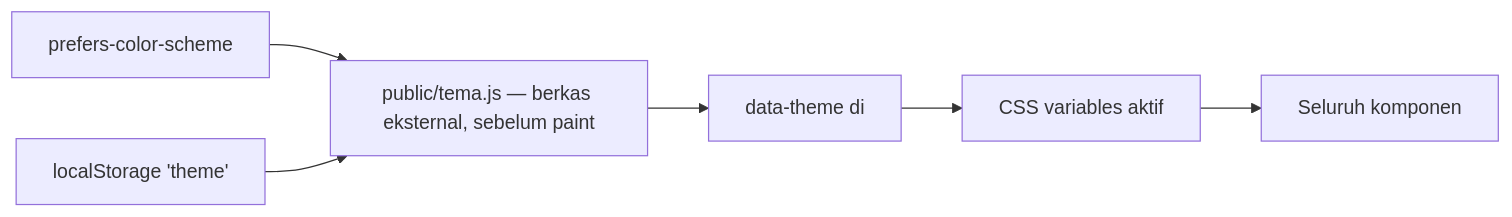
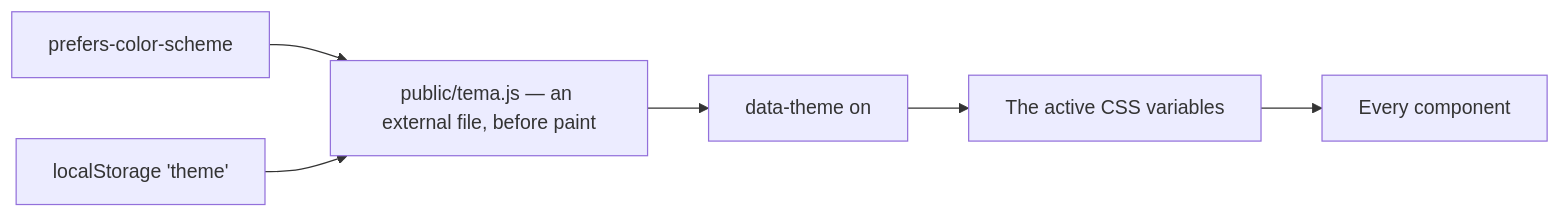
Before and after one commit to ahliweb/awcms-astro: the first of 2 diagrams in docs/awcms-astro/ui-ux-design-system.md, drawn with Mermaid. The commit also changed other lines of this file and 26 other files, not shown here.

````diff
--- a/docs/awcms-astro/ui-ux-design-system.md
+++ b/docs/awcms-astro/ui-ux-design-system.md
@@ -82,8 +84,8 @@
 ```mermaid
 flowchart LR
-  Sys["prefers-color-scheme"] --> Resolve["public/tema.js — berkas eksternal, sebelum paint"]
+  Sys["prefers-color-scheme"] --> Resolve["public/tema.js — an external file, before paint"]
   Pref["localStorage 'theme'"] --> Resolve
-  Resolve --> Attr["data-theme di <html>"]
-  Attr --> Tokens["CSS variables aktif"]
-  Tokens --> UI["Seluruh komponen"]
+  Resolve --> Attr["data-theme on <html>"]
+  Attr --> Tokens["The active CSS variables"]
+  Tokens --> UI["Every component"]
 ```
````
